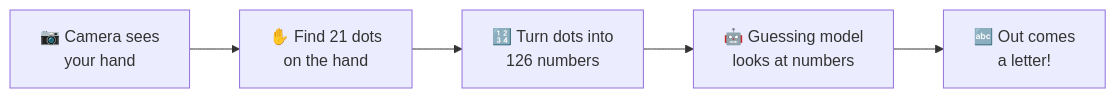
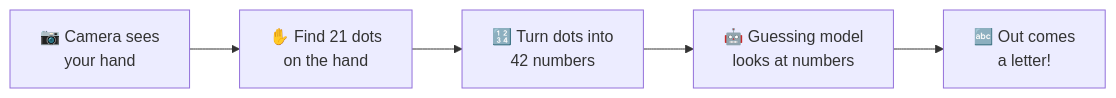
Before and after one commit to arslan-ahm/SignBridge: the diagram in model/README.md, drawn with Mermaid. The commit also changed other lines of this file and 5 other files, not shown here.

````diff
--- a/model/README.md
+++ b/model/README.md
@@ -13,7 +13,7 @@
 ```mermaid
 flowchart LR
     A["📷 Camera sees<br/>your hand"] --> B["✋ Find 21 dots<br/>on the hand"]
-    B --> C["🔢 Turn dots into<br/>126 numbers"]
+    B --> C["🔢 Turn dots into<br/>42 numbers"]
     C --> D["🤖 Guessing model<br/>looks at numbers"]
     D --> E["🔤 Out comes<br/>a letter!"]
 ```
````
